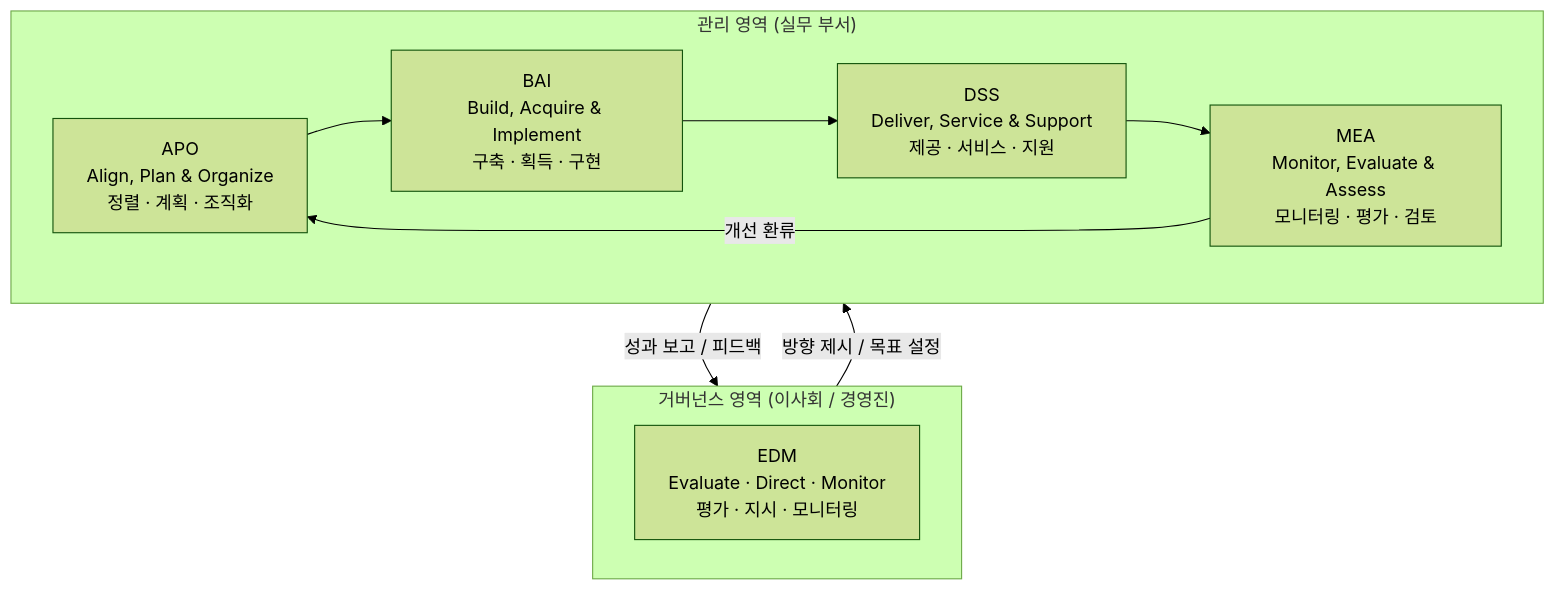
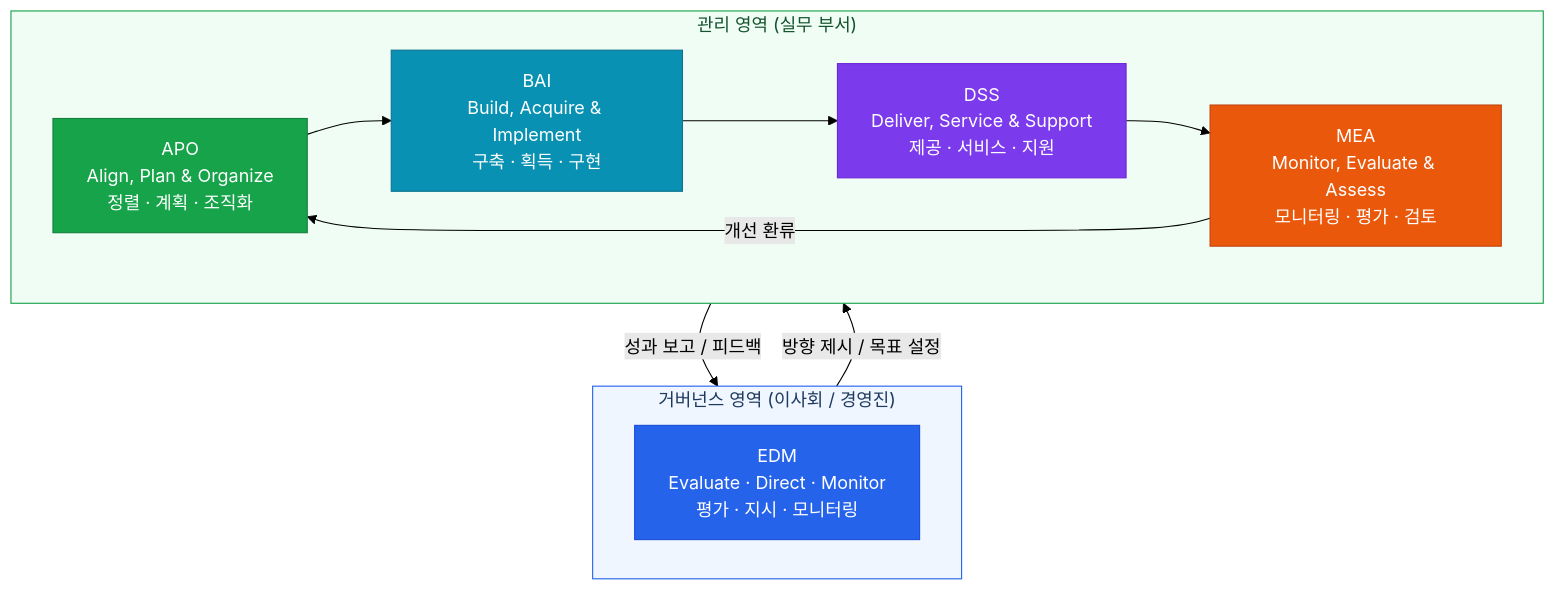
One commit to jeonck/fw-thinking changed the first of 5 diagrams in docs/01-it-governance/cobit-2019.md. Above: the diagram before and after it, drawn with Mermaid (forest theme). The commit also changed other lines of this file, not shown here.

First line of the commit message:
COBIT 2019 다이어그램 색상 추가

````diff
--- a/docs/01-it-governance/cobit-2019.md
+++ b/docs/01-it-governance/cobit-2019.md
@@ -21,18 +21,26 @@
 ```mermaid
 flowchart TB
     subgraph GOV["거버넌스 영역 (이사회 / 경영진)"]
         EDM["EDM<br/>Evaluate · Direct · Monitor<br/>평가 · 지시 · 모니터링"]
     end
 
     subgraph MGT["관리 영역 (실무 부서)"]
         APO["APO<br/>Align, Plan & Organize<br/>정렬 · 계획 · 조직화"]
         BAI["BAI<br/>Build, Acquire & Implement<br/>구축 · 획득 · 구현"]
         DSS["DSS<br/>Deliver, Service & Support<br/>제공 · 서비스 · 지원"]
         MEA["MEA<br/>Monitor, Evaluate & Assess<br/>모니터링 · 평가 · 검토"]
     end
 
     GOV -->|"방향 제시 / 목표 설정"| MGT
     MGT -->|"성과 보고 / 피드백"| GOV
     APO --> BAI --> DSS --> MEA
     MEA -->|"개선 환류"| APO
+
+    style GOV fill:#EFF6FF,stroke:#2563EB,color:#1E3A5F
+    style MGT fill:#F0FDF4,stroke:#16A34A,color:#14532D
+    style EDM fill:#2563EB,stroke:#1D4ED8,color:#fff
+    style APO fill:#16A34A,stroke:#15803D,color:#fff
+    style BAI fill:#0891B2,stroke:#0E7490,color:#fff
+    style DSS fill:#7C3AED,stroke:#6D28D9,color:#fff
+    style MEA fill:#EA580C,stroke:#C2410C,color:#fff
 ```
````
